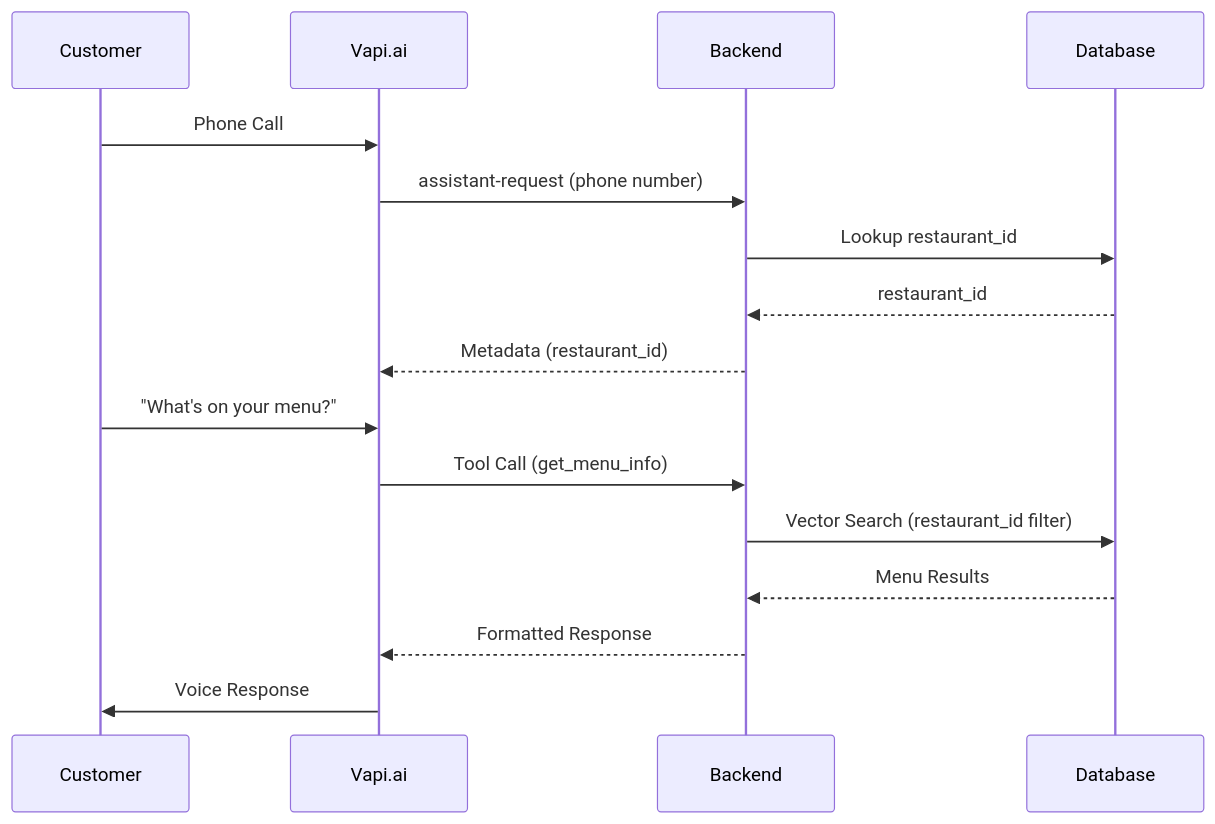
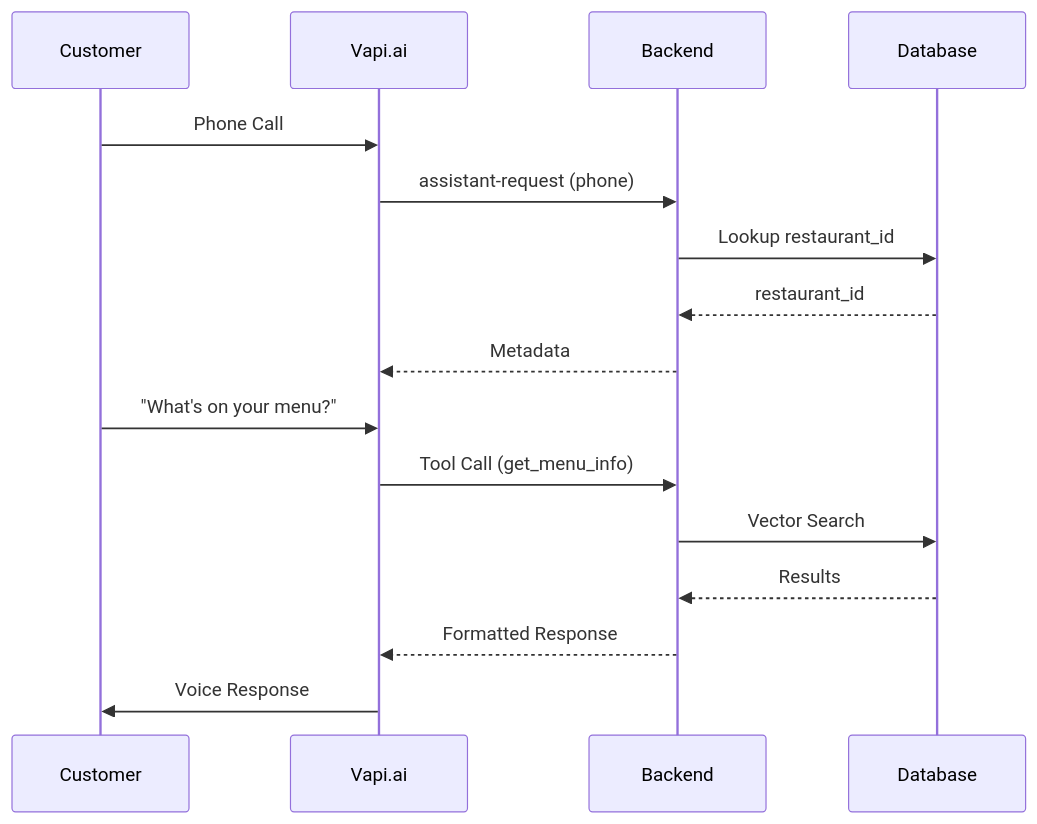
One commit to StephaneWamba/CallEats changed the fourth of 11 diagrams in docs/architecture.md. Above: the diagram before and after it, drawn with Mermaid. The commit also changed other lines of this file and 1 other file, not shown here.

Commit message:
Enhance docs with Mermaid diagrams and reduce verbosity

````diff
--- a/docs/architecture.md
+++ b/docs/architecture.md
@@ -88,20 +116,20 @@
 ```mermaid
 sequenceDiagram
     participant C as Customer
     participant V as Vapi.ai
     participant B as Backend
     participant DB as Database
 
     C->>V: Phone Call
-    V->>B: assistant-request (phone number)
+    V->>B: assistant-request (phone)
     B->>DB: Lookup restaurant_id
     DB-->>B: restaurant_id
-    B-->>V: Metadata (restaurant_id)
+    B-->>V: Metadata
 
     C->>V: "What's on your menu?"
     V->>B: Tool Call (get_menu_info)
-    B->>DB: Vector Search (restaurant_id filter)
-    DB-->>B: Menu Results
+    B->>DB: Vector Search
+    DB-->>B: Results
     B-->>V: Formatted Response
     V->>C: Voice Response
 ```
````
